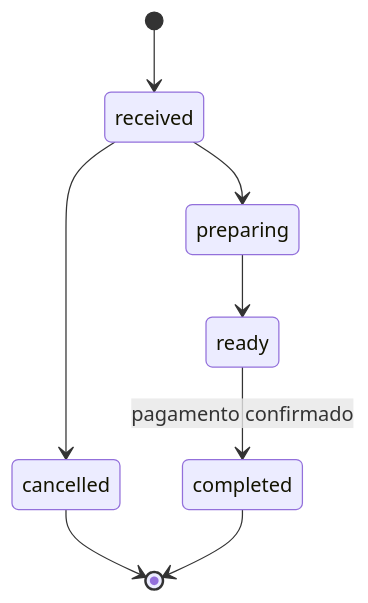
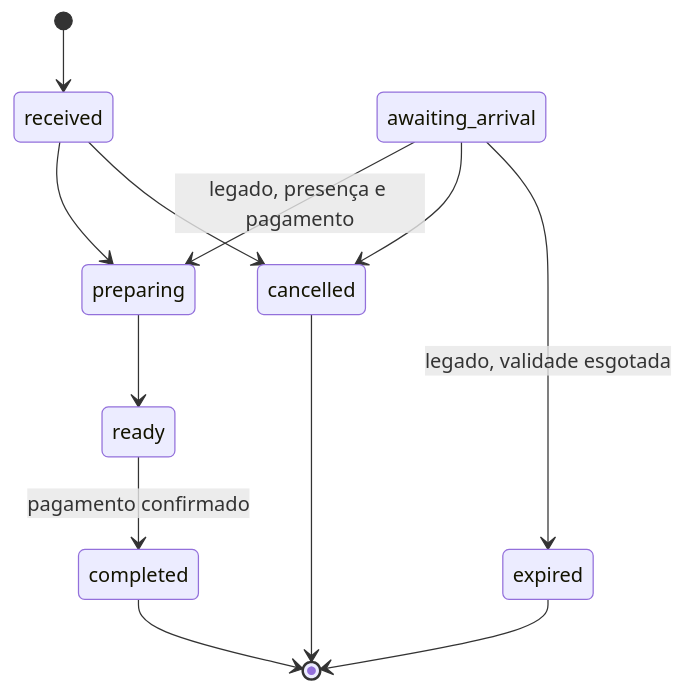
Before and after one commit to UnicHeld/tiulu-pasteis: the diagram in docs/arquitetura/fluxo-de-pedidos.md, drawn with Mermaid. The commit also changed other lines of this file and 30 other files, not shown here.

````diff
--- a/docs/arquitetura/fluxo-de-pedidos.md
+++ b/docs/arquitetura/fluxo-de-pedidos.md
@@ -10,10 +41,14 @@
 ```mermaid
 stateDiagram-v2
     [*] --> received
     received --> preparing
     received --> cancelled
     preparing --> ready
     ready --> completed: pagamento confirmado
+    awaiting_arrival --> preparing: legado, presença e pagamento
+    awaiting_arrival --> cancelled
+    awaiting_arrival --> expired: legado, validade esgotada
     cancelled --> [*]
+    expired --> [*]
     completed --> [*]
 ```
````
